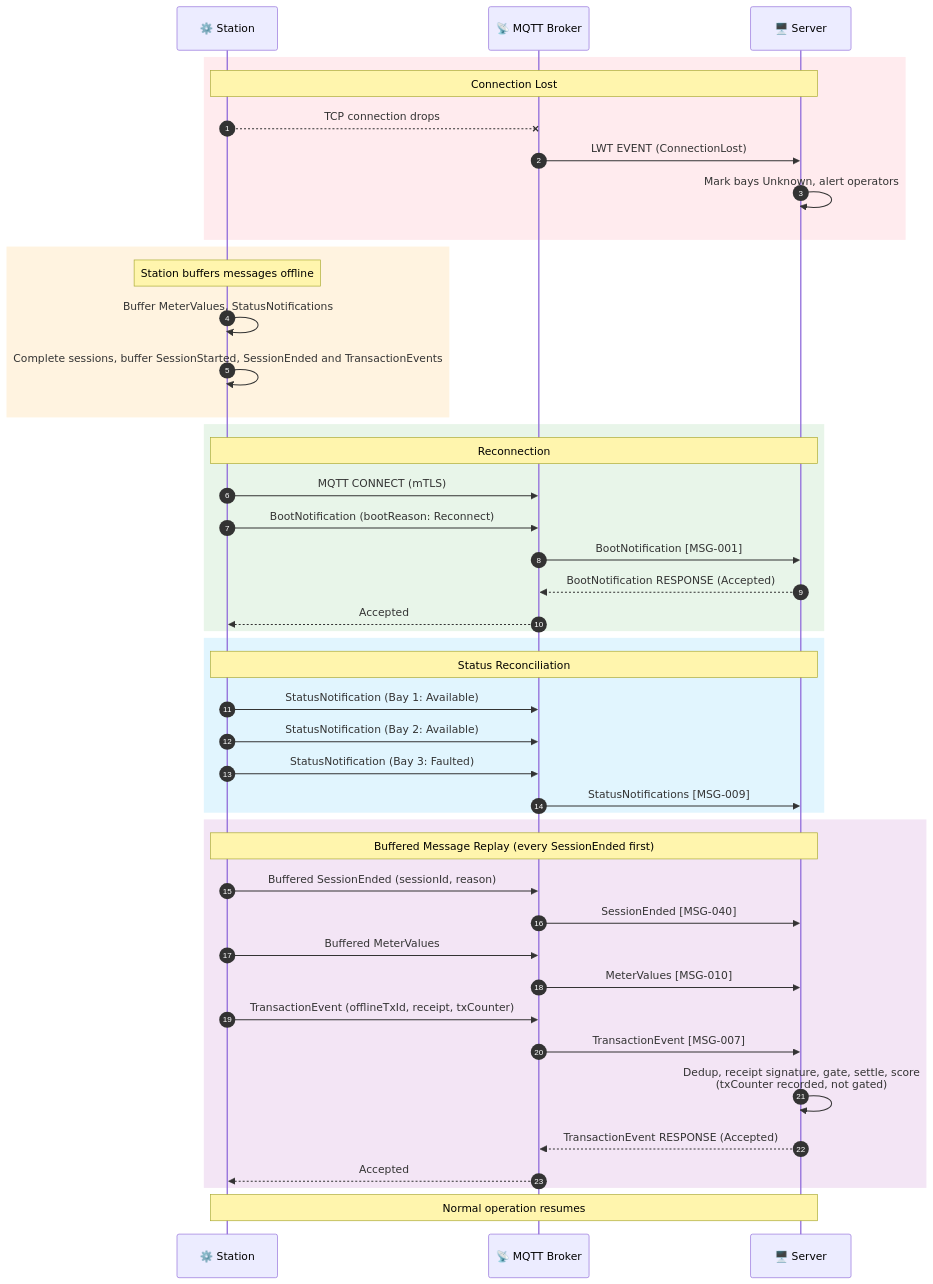
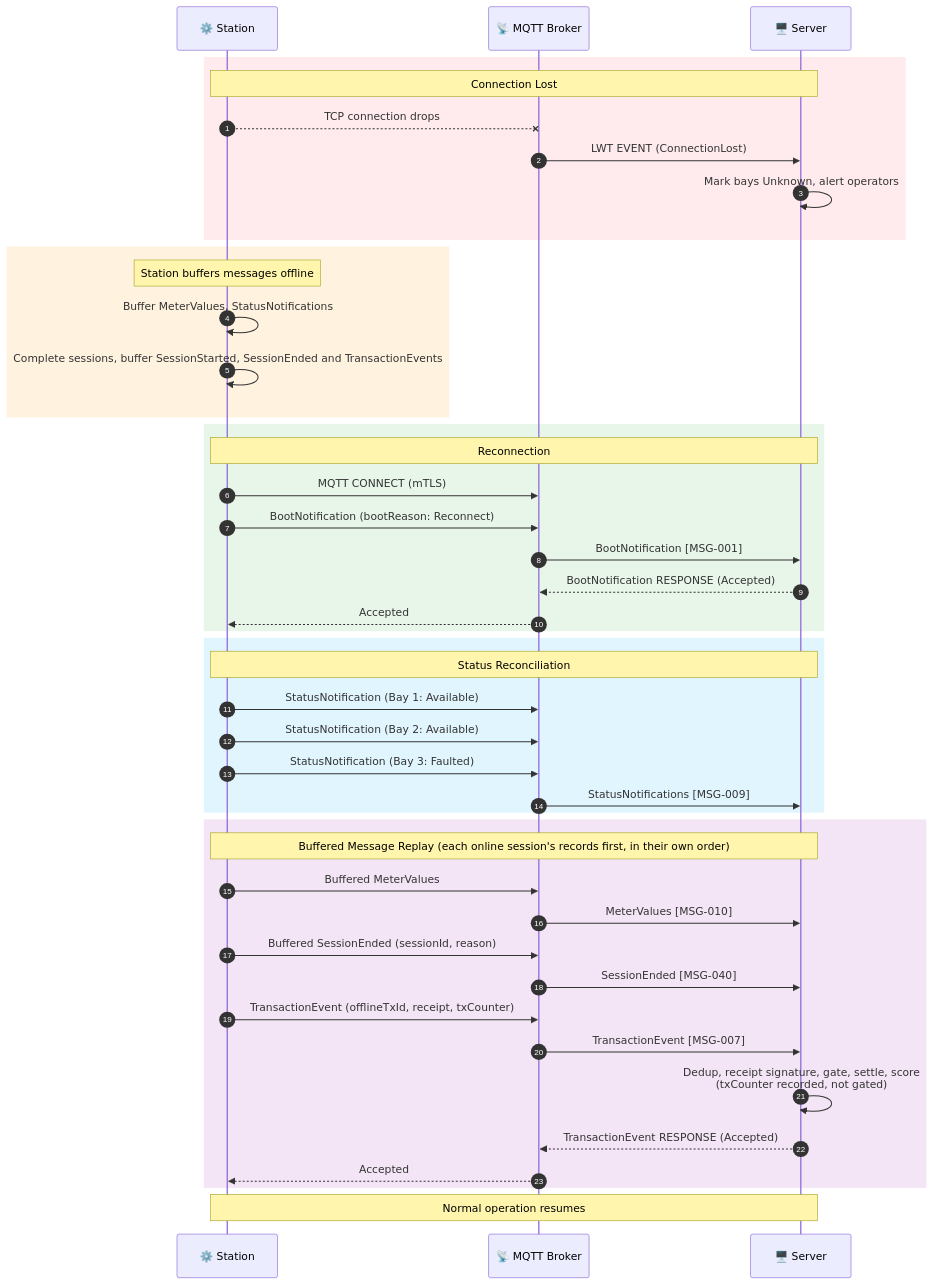
Before and after one commit to ospp-org/spec: the seventh of 7 diagrams in diagrams/README.md, drawn with Mermaid. The commit also changed 13 other files, not shown here.

````diff
--- a/diagrams/README.md
+++ b/diagrams/README.md
@@ -308,53 +308,53 @@
 ```mermaid
 sequenceDiagram
     autonumber
 
     participant Station as ⚙️ Station
     participant Broker as 📡 MQTT Broker
     participant Server as 🖥️ Server
 
     rect rgb(255, 235, 238)
         Note over Station,Server: Connection Lost
         Station--xBroker: TCP connection drops
         Broker->>Server: LWT EVENT (ConnectionLost)
         Server->>Server: Mark bays Unknown, alert operators
     end
 
     rect rgb(255, 243, 224)
         Note over Station: Station buffers messages offline
         Station->>Station: Buffer MeterValues, StatusNotifications
         Station->>Station: Complete sessions, buffer SessionStarted, SessionEnded and TransactionEvents
     end
 
     rect rgb(232, 245, 233)
         Note over Station,Server: Reconnection
         Station->>Broker: MQTT CONNECT (mTLS)
         Station->>Broker: BootNotification (bootReason: Reconnect)
         Broker->>Server: BootNotification [MSG-001]
         Server-->>Broker: BootNotification RESPONSE (Accepted)
         Broker-->>Station: Accepted
     end
 
     rect rgb(225, 245, 254)
         Note over Station,Server: Status Reconciliation
         Station->>Broker: StatusNotification (Bay 1: Available)
         Station->>Broker: StatusNotification (Bay 2: Available)
         Station->>Broker: StatusNotification (Bay 3: Faulted)
         Broker->>Server: StatusNotifications [MSG-009]
     end
 
     rect rgb(243, 229, 245)
-        Note over Station,Server: Buffered Message Replay (every SessionEnded first)
+        Note over Station,Server: Buffered Message Replay (each online session's records first, in their own order)
+        Station->>Broker: Buffered MeterValues
+        Broker->>Server: MeterValues [MSG-010]
         Station->>Broker: Buffered SessionEnded (sessionId, reason)
         Broker->>Server: SessionEnded [MSG-040]
-        Station->>Broker: Buffered MeterValues
-        Broker->>Server: MeterValues [MSG-010]
         Station->>Broker: TransactionEvent (offlineTxId, receipt, txCounter)
         Broker->>Server: TransactionEvent [MSG-007]
         Server->>Server: Dedup, receipt signature, gate, settle, score<br/>(txCounter recorded, not gated)
         Server-->>Broker: TransactionEvent RESPONSE (Accepted)
         Broker-->>Station: Accepted
     end
 
     Note over Station,Server: Normal operation resumes
 ```
````
